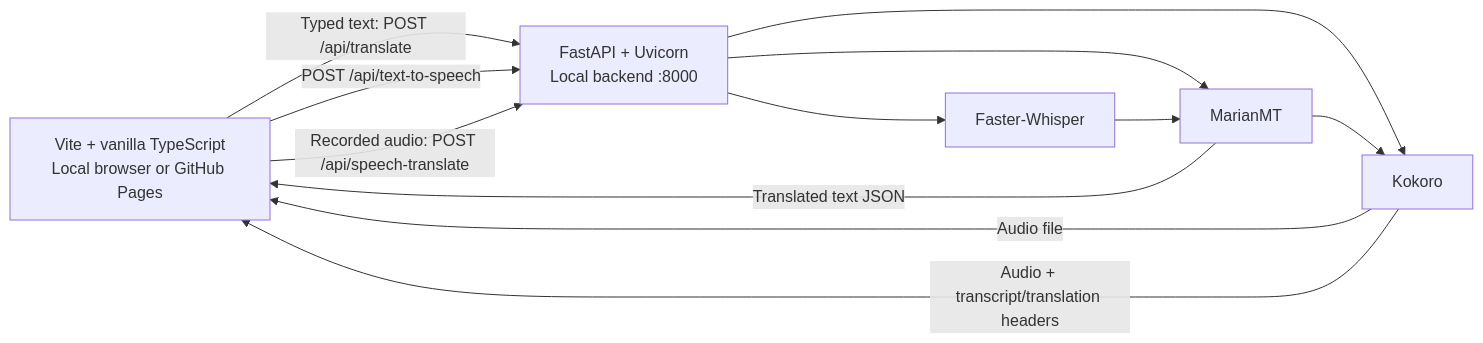
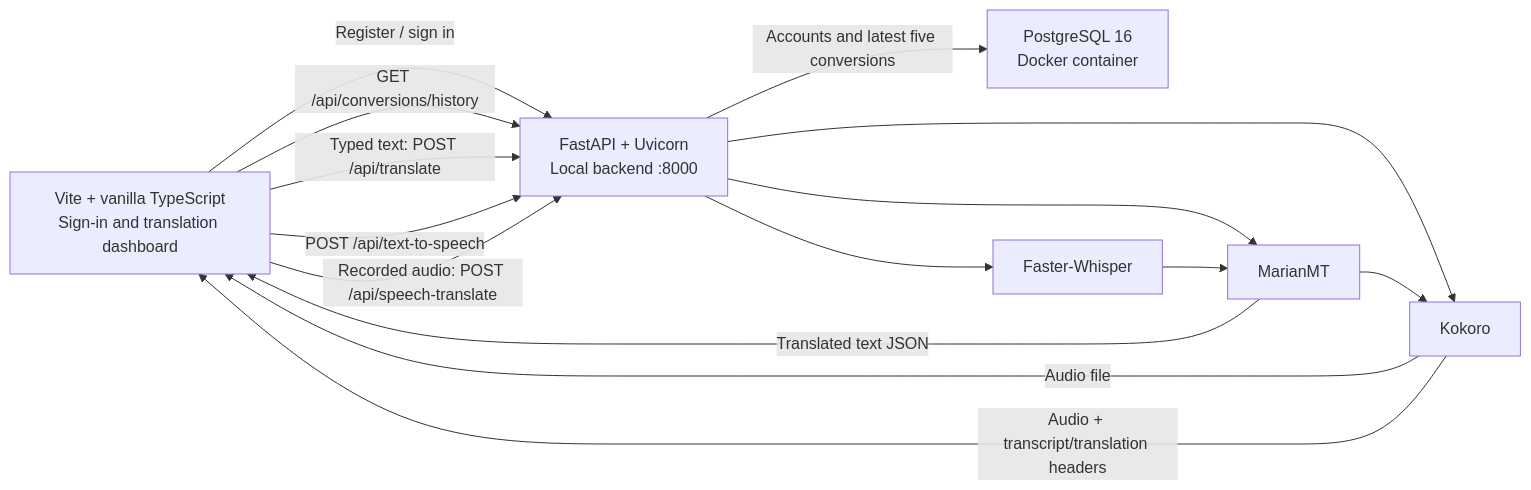
Before and after one commit to VaaniPlus/speech-to-speech-translation-and-transcription: the diagram in README.md, drawn with Mermaid. The commit also changed other lines of this file and 2 other files, not shown here.

Commit message:
docs: update authentication and conversion history guides

````diff
--- a/README.md
+++ b/README.md
@@ -116,18 +120,22 @@
 ```mermaid
 flowchart LR
-    Browser["Vite + vanilla TypeScript<br/>Local browser or GitHub Pages"]
+    Browser["Vite + vanilla TypeScript<br/>Sign-in and translation dashboard"]
     API["FastAPI + Uvicorn<br/>Local backend :8000"]
+    Database["PostgreSQL 16<br/>Docker container"]
     Translation["MarianMT"]
     STT["Faster-Whisper"]
     TTS["Kokoro"]
 
+    Browser -->|"Register / sign in"| API
+    Browser -->|"GET /api/conversions/history"| API
     Browser -->|"Typed text: POST /api/translate"| API
     API --> Translation
     Translation -->|"Translated text JSON"| Browser
     Browser -->|"POST /api/text-to-speech"| API
     API --> TTS
     TTS -->|"Audio file"| Browser
     Browser -->|"Recorded audio: POST /api/speech-translate"| API
     API --> STT --> Translation --> TTS
     TTS -->|"Audio + transcript/translation headers"| Browser
+    API -->|"Accounts and latest five conversions"| Database
 ```
````
